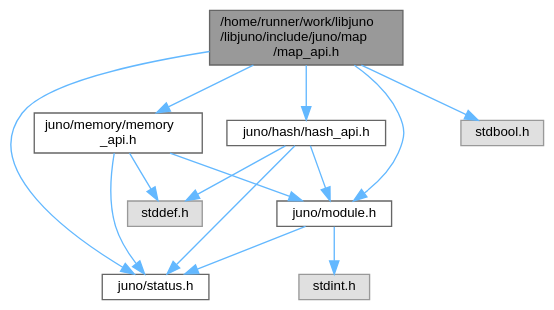
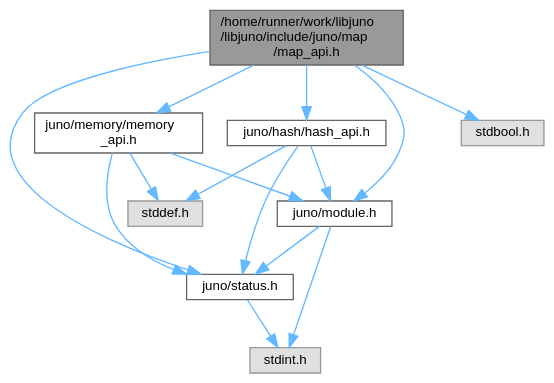
One commit to robinonsay/libjuno changed the diagram in map__api_8h__incl.dot. Above: the diagram before and after it, drawn with Graphviz. The commit also changed 259 other files, not shown here.

```diff
--- a/map__api_8h__incl.dot
+++ b/map__api_8h__incl.dot
@@ -1,28 +1,29 @@
 digraph "/home/runner/work/libjuno/libjuno/include/juno/map/map_api.h"
 {
  // LATEX_PDF_SIZE
   bgcolor="transparent";
   edge [fontname=Helvetica,fontsize=10,labelfontname=Helvetica,labelfontsize=10];
   node [fontname=Helvetica,fontsize=10,shape=box,height=0.2,width=0.4];
   Node1 [id="Node000001",label="/home/runner/work/libjuno\l/libjuno/include/juno/map\l/map_api.h",height=0.2,width=0.4,color="gray40", fillcolor="grey60", style="filled", fontcolor="black",tooltip=" "];
   Node1 -> Node2 [id="edge1_Node000001_Node000002",color="steelblue1",style="solid",tooltip=" "];
   Node2 [id="Node000002",label="juno/hash/hash_api.h",height=0.2,width=0.4,color="grey40", fillcolor="white", style="filled",URL="$hash__api_8h.html",tooltip=" "];
   Node2 -> Node3 [id="edge2_Node000002_Node000003",color="steelblue1",style="solid",tooltip=" "];
   Node3 [id="Node000003",label="juno/status.h",height=0.2,width=0.4,color="grey40", fillcolor="white", style="filled",URL="$status_8h.html",tooltip=" "];
-  Node2 -> Node4 [id="edge3_Node000002_Node000004",color="steelblue1",style="solid",tooltip=" "];
-  Node4 [id="Node000004",label="juno/module.h",height=0.2,width=0.4,color="grey40", fillcolor="white", style="filled",URL="$module_8h.html",tooltip=" "];
-  Node4 -> Node3 [id="edge4_Node000004_Node000003",color="steelblue1",style="solid",tooltip=" "];
-  Node4 -> Node5 [id="edge5_Node000004_Node000005",color="steelblue1",style="solid",tooltip=" "];
-  Node5 [id="Node000005",label="stdint.h",height=0.2,width=0.4,color="grey60", fillcolor="#E0E0E0", style="filled",tooltip=" "];
-  Node2 -> Node6 [id="edge6_Node000002_Node000006",color="steelblue1",style="solid",tooltip=" "];
+  Node3 -> Node4 [id="edge3_Node000003_Node000004",color="steelblue1",style="solid",tooltip=" "];
+  Node4 [id="Node000004",label="stdint.h",height=0.2,width=0.4,color="grey60", fillcolor="#E0E0E0", style="filled",tooltip=" "];
+  Node2 -> Node5 [id="edge4_Node000002_Node000005",color="steelblue1",style="solid",tooltip=" "];
+  Node5 [id="Node000005",label="juno/module.h",height=0.2,width=0.4,color="grey40", fillcolor="white", style="filled",URL="$module_8h.html",tooltip=" "];
+  Node5 -> Node3 [id="edge5_Node000005_Node000003",color="steelblue1",style="solid",tooltip=" "];
+  Node5 -> Node4 [id="edge6_Node000005_Node000004",color="steelblue1",style="solid",tooltip=" "];
+  Node2 -> Node6 [id="edge7_Node000002_Node000006",color="steelblue1",style="solid",tooltip=" "];
   Node6 [id="Node000006",label="stddef.h",height=0.2,width=0.4,color="grey60", fillcolor="#E0E0E0", style="filled",tooltip=" "];
-  Node1 -> Node7 [id="edge7_Node000001_Node000007",color="steelblue1",style="solid",tooltip=" "];
+  Node1 -> Node7 [id="edge8_Node000001_Node000007",color="steelblue1",style="solid",tooltip=" "];
   Node7 [id="Node000007",label="juno/memory/memory\l_api.h",height=0.2,width=0.4,color="grey40", fillcolor="white", style="filled",URL="$memory__api_8h.html",tooltip=" "];
-  Node7 -> Node3 [id="edge8_Node000007_Node000003",color="steelblue1",style="solid",tooltip=" "];
-  Node7 -> Node4 [id="edge9_Node000007_Node000004",color="steelblue1",style="solid",tooltip=" "];
-  Node7 -> Node6 [id="edge10_Node000007_Node000006",color="steelblue1",style="solid",tooltip=" "];
-  Node1 -> Node3 [id="edge11_Node000001_Node000003",color="steelblue1",style="solid",tooltip=" "];
-  Node1 -> Node4 [id="edge12_Node000001_Node000004",color="steelblue1",style="solid",tooltip=" "];
-  Node1 -> Node8 [id="edge13_Node000001_Node000008",color="steelblue1",style="solid",tooltip=" "];
+  Node7 -> Node3 [id="edge9_Node000007_Node000003",color="steelblue1",style="solid",tooltip=" "];
+  Node7 -> Node5 [id="edge10_Node000007_Node000005",color="steelblue1",style="solid",tooltip=" "];
+  Node7 -> Node6 [id="edge11_Node000007_Node000006",color="steelblue1",style="solid",tooltip=" "];
+  Node1 -> Node3 [id="edge12_Node000001_Node000003",color="steelblue1",style="solid",tooltip=" "];
+  Node1 -> Node5 [id="edge13_Node000001_Node000005",color="steelblue1",style="solid",tooltip=" "];
+  Node1 -> Node8 [id="edge14_Node000001_Node000008",color="steelblue1",style="solid",tooltip=" "];
   Node8 [id="Node000008",label="stdbool.h",height=0.2,width=0.4,color="grey60", fillcolor="#E0E0E0", style="filled",tooltip=" "];
 }
```
